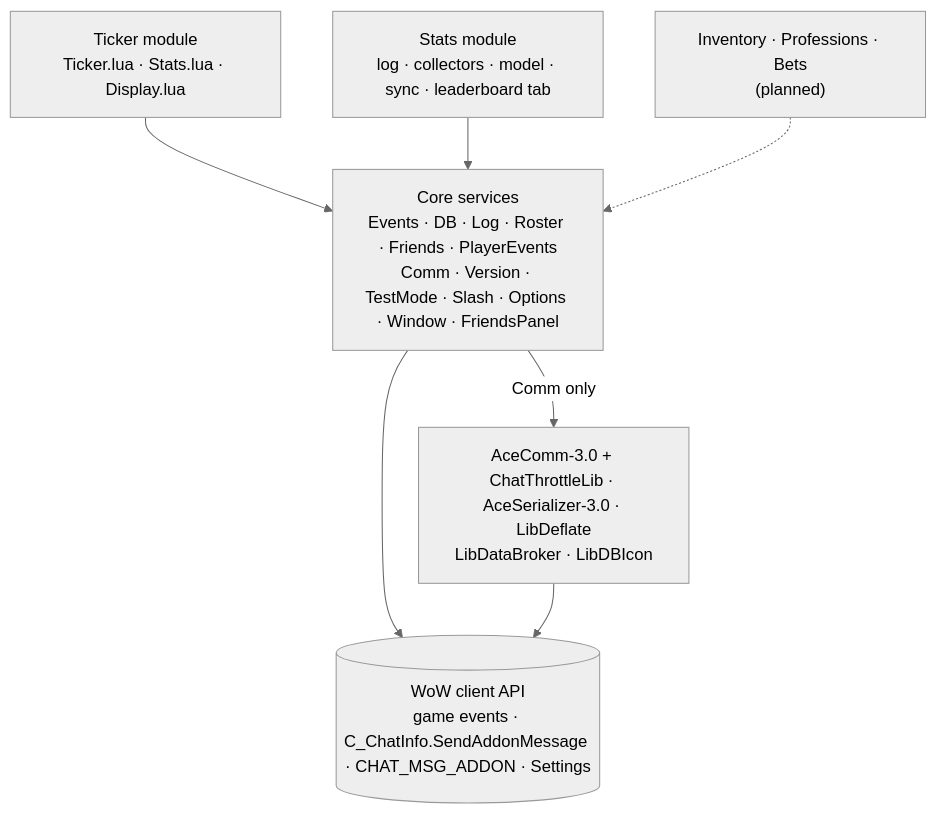
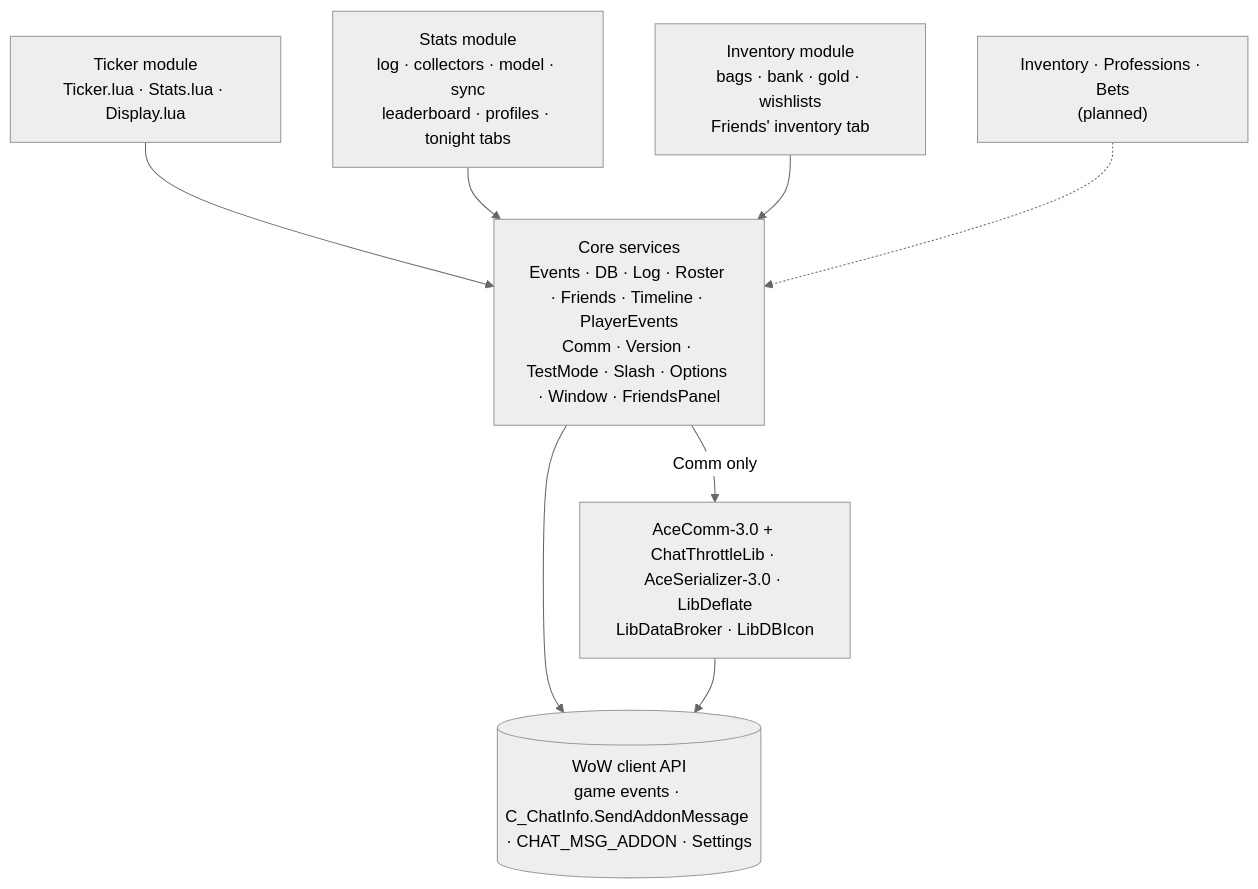
The first of 8 diagrams in ARCHITECTURE.md (snoopjust/LooserPiml), drawn with Mermaid (neutral theme) before and after one commit. The commit also changed other lines of this file, not shown here.

First line of the commit message:
ARCHITECTURE: inventory data flow, timeline, profiles and tonight

````diff
--- a/ARCHITECTURE.md
+++ b/ARCHITECTURE.md
@@ -27,15 +29,17 @@
 ```mermaid
 flowchart TB
     Ticker["Ticker module<br/>Ticker.lua · Stats.lua · Display.lua"]
-    Stats["Stats module<br/>log · collectors · model · sync · leaderboard tab"]
+    Stats["Stats module<br/>log · collectors · model · sync<br/>leaderboard · profiles · tonight tabs"]
+    Inventory["Inventory module<br/>bags · bank · gold · wishlists<br/>Friends' inventory tab"]
     Future["Inventory · Professions · Bets<br/>(planned)"]
-    Core["Core services<br/>Events · DB · Log · Roster · Friends · PlayerEvents<br/>Comm · Version · TestMode · Slash · Options · Window · FriendsPanel"]
+    Core["Core services<br/>Events · DB · Log · Roster · Friends · Timeline · PlayerEvents<br/>Comm · Version · TestMode · Slash · Options · Window · FriendsPanel"]
     Libs["AceComm-3.0 + ChatThrottleLib · AceSerializer-3.0 · LibDeflate<br/>LibDataBroker · LibDBIcon"]
     API[("WoW client API<br/>game events · C_ChatInfo.SendAddonMessage · CHAT_MSG_ADDON · Settings")]
     Ticker --> Core
     Stats --> Core
+    Inventory --> Core
     Future -.-> Core
     Core -->|"Comm only"| Libs
     Core --> API
     Libs --> API
 ```
````
